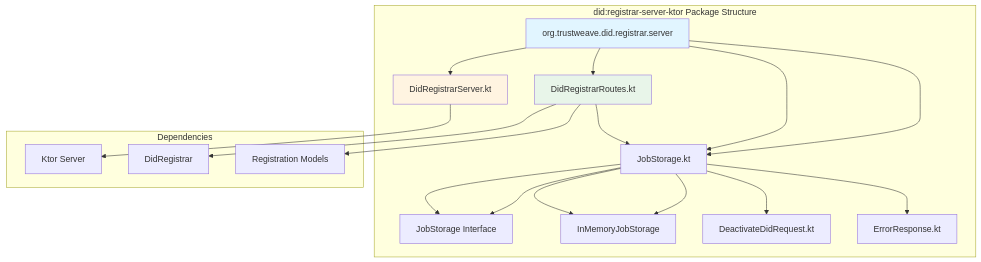
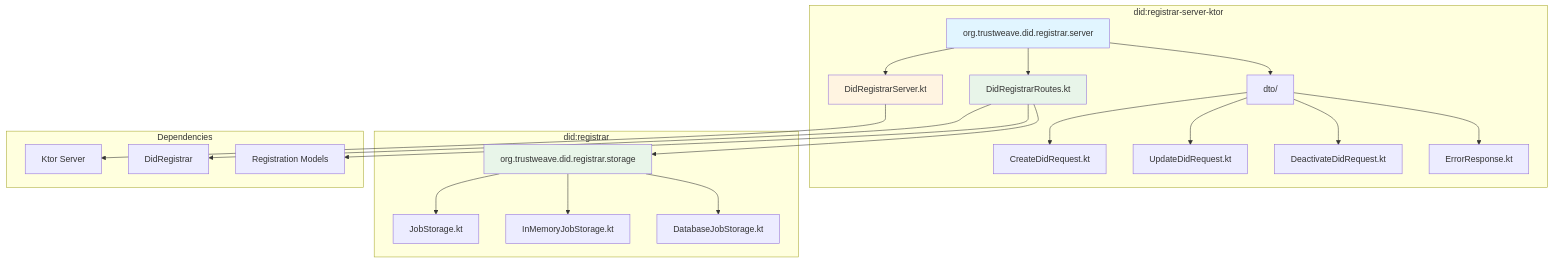
The third of 3 diagrams in docs/modules/trustweave-did-registrar-server.md (geoknoesis/trustweave), drawn with Mermaid before and after one commit. The commit also changed other lines of this file and 184 other files, not shown here.

````diff
--- a/docs/modules/trustweave-did-registrar-server.md
+++ b/docs/modules/trustweave-did-registrar-server.md
@@ -542,32 +549,36 @@
 ```mermaid
 graph TD
-    subgraph "did:registrar-server-ktor Package Structure"
+    subgraph "did:registrar-server-ktor"
         A[org.trustweave.did.registrar.server]
         A --> B[DidRegistrarServer.kt]
         A --> C[DidRegistrarRoutes.kt]
         A --> D[dto/]
         D --> D1[CreateDidRequest.kt]
         D --> D2[UpdateDidRequest.kt]
         D --> D3[DeactivateDidRequest.kt]
         D --> D4[ErrorResponse.kt]
-        A --> D[JobStorage.kt]
+    end
 
-        D --> D1[JobStorage Interface]
-        D --> D2[InMemoryJobStorage]
+    subgraph "did:registrar"
+        S[org.trustweave.did.registrar.storage]
+        S --> S1[JobStorage.kt]
+        S --> S2[InMemoryJobStorage.kt]
+        S --> S3[DatabaseJobStorage.kt]
     end
 
     subgraph "Dependencies"
         E[Ktor Server]
         F[DidRegistrar]
         G[Registration Models]
     end
 
     B --> E
     C --> F
     C --> G
-    C --> D
+    C --> S
 
     style A fill:#e1f5ff
     style B fill:#fff4e1
     style C fill:#e8f5e9
+    style S fill:#e8f5e9
 ```
````
